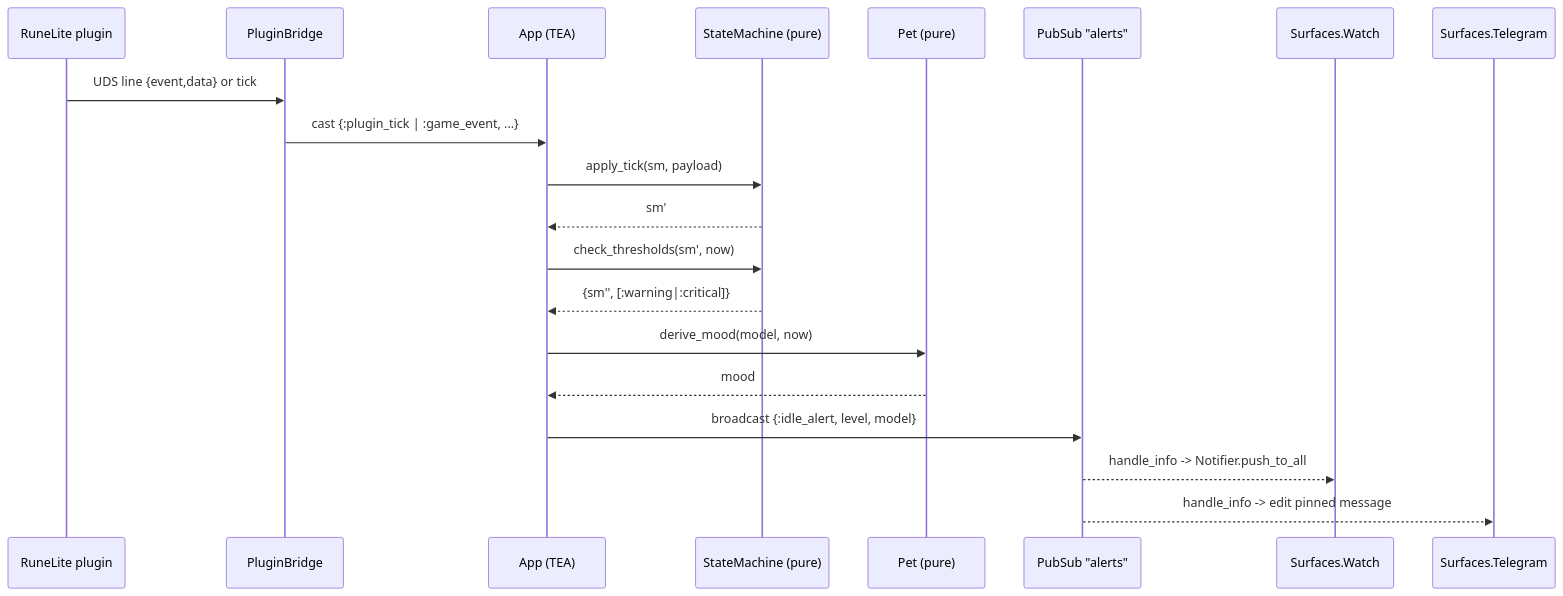
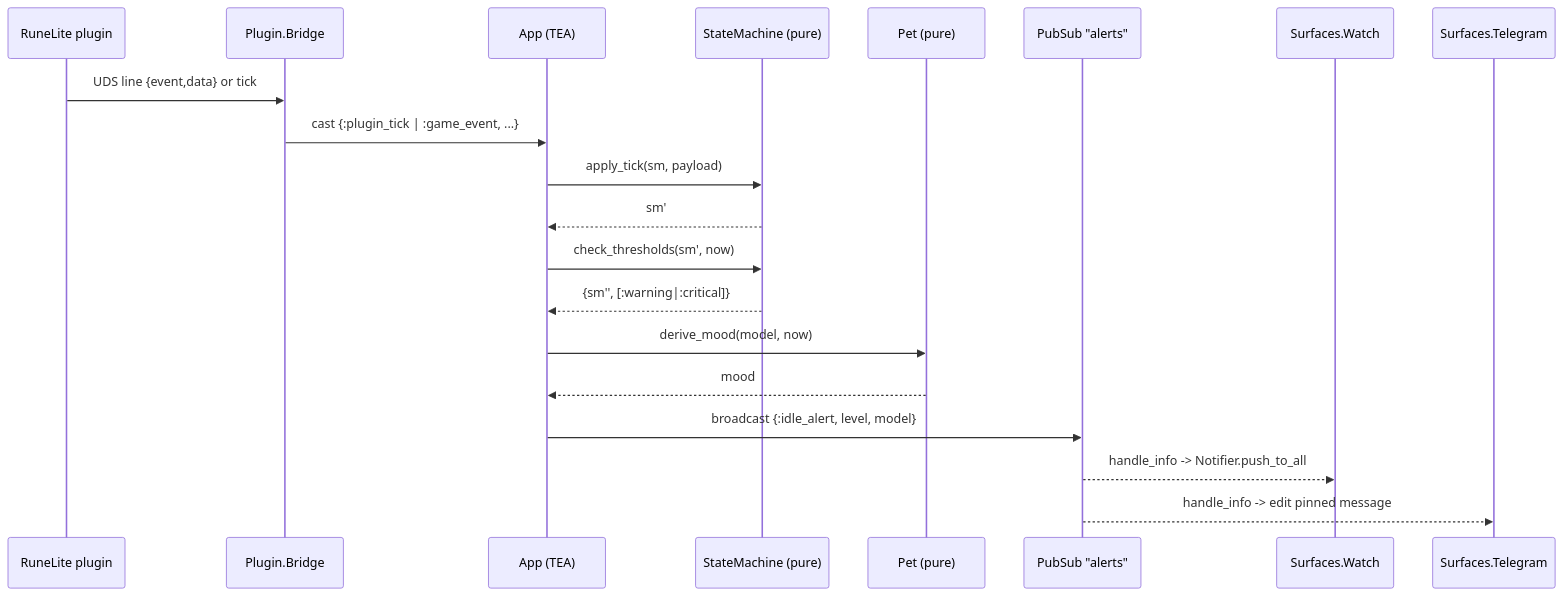
One commit to DROOdotFOO/raxol_monkwatcher changed the third of 5 diagrams in docs/architecture.md. Above: the diagram before and after it, drawn with Mermaid. The commit also changed other lines of this file and 8 other files, not shown here.

````diff
--- a/docs/architecture.md
+++ b/docs/architecture.md
@@ -163,23 +149,23 @@
 ```mermaid
 sequenceDiagram
   participant RL as RuneLite plugin
-  participant PB as PluginBridge
+  participant PB as Plugin.Bridge
   participant App as App (TEA)
   participant SM as StateMachine (pure)
   participant Pet as Pet (pure)
   participant PS as PubSub "alerts"
   participant W as Surfaces.Watch
   participant T as Surfaces.Telegram
 
   RL->>PB: UDS line {event,data} or tick
   PB->>App: cast {:plugin_tick | :game_event, ...}
   App->>SM: apply_tick(sm, payload)
   SM-->>App: sm'
   App->>SM: check_thresholds(sm', now)
   SM-->>App: {sm'', [:warning|:critical]}
   App->>Pet: derive_mood(model, now)
   Pet-->>App: mood
   App->>PS: broadcast {:idle_alert, level, model}
   PS-->>W: handle_info -> Notifier.push_to_all
   PS-->>T: handle_info -> edit pinned message
 ```
````
